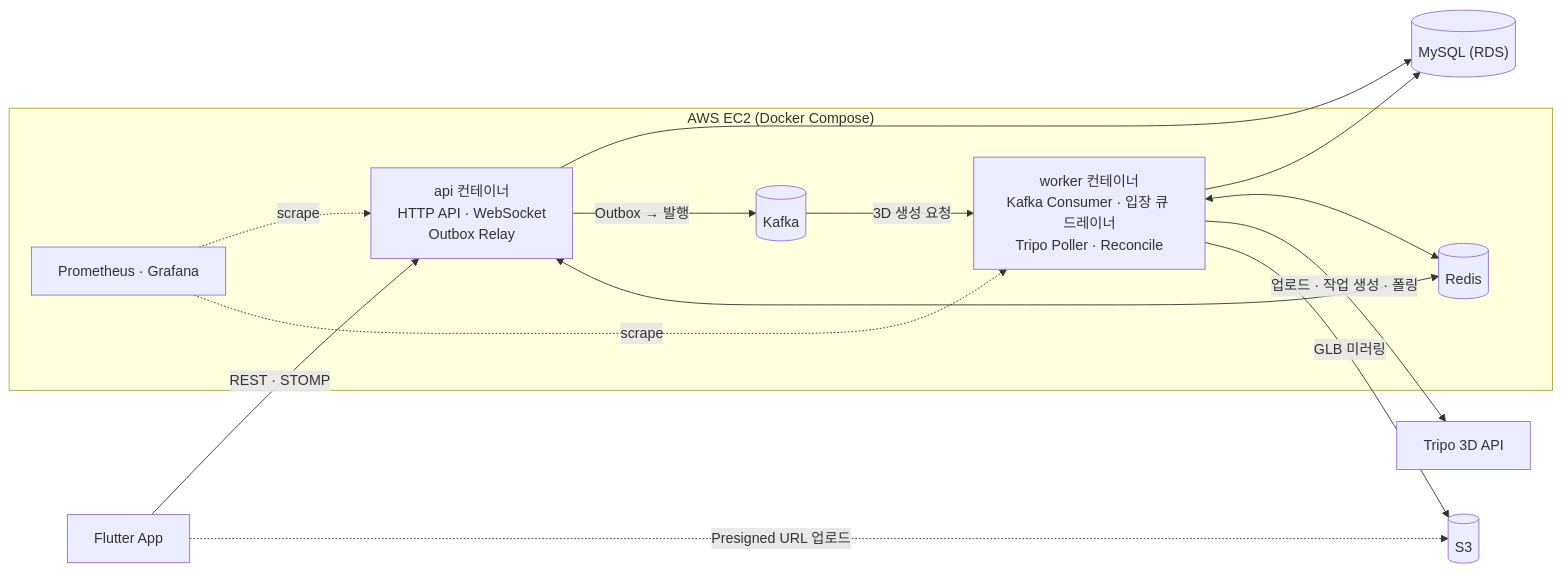
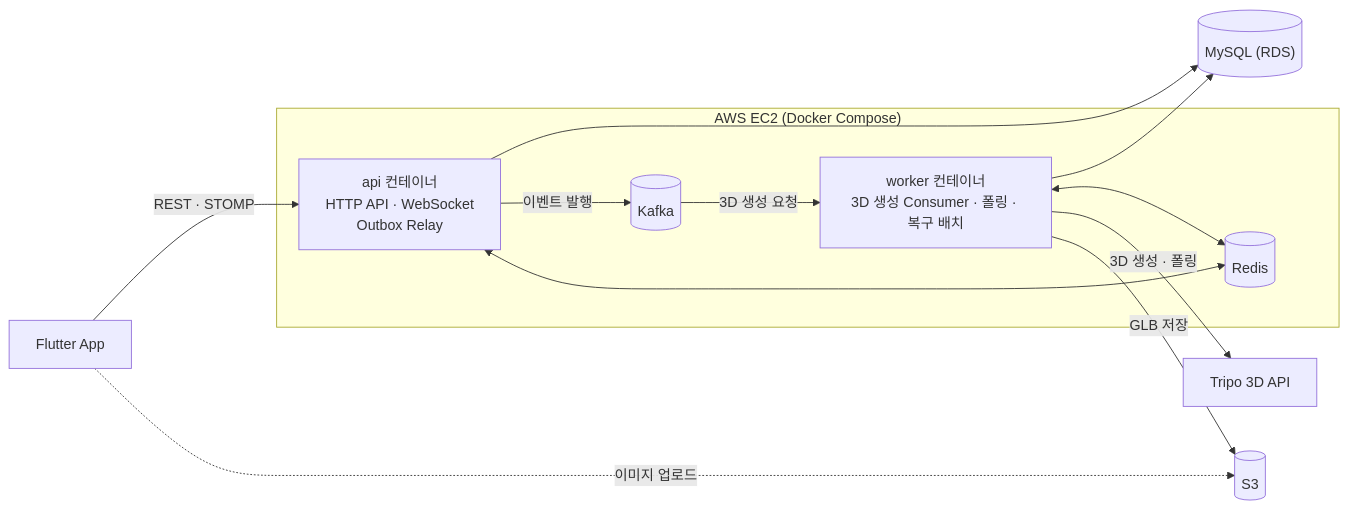
One commit to opixxx/GearShow changed the diagram in README.md. Above: the diagram before and after it, drawn with Mermaid. The commit also changed other lines of this file, not shown here.

````diff
--- a/README.md
+++ b/README.md
@@ -64,29 +37,26 @@
 ```mermaid
 flowchart LR
     app["Flutter App"]
 
     subgraph ec2["AWS EC2 (Docker Compose)"]
         api["api 컨테이너<br/>HTTP API · WebSocket<br/>Outbox Relay"]
-        worker["worker 컨테이너<br/>Kafka Consumer · 입장 큐 드레이너<br/>Tripo Poller · Reconcile"]
+        worker["worker 컨테이너<br/>3D 생성 Consumer · 폴링 · 복구 배치"]
         kafka[("Kafka")]
         redis[("Redis")]
-        obs["Prometheus · Grafana"]
     end
 
     rds[("MySQL (RDS)")]
     s3[("S3")]
     tripo["Tripo 3D API"]
 
     app -- "REST · STOMP" --> api
-    app -. "Presigned URL 업로드" .-> s3
+    app -. "이미지 업로드" .-> s3
     api --> rds
-    api -- "Outbox → 발행" --> kafka
+    api -- "이벤트 발행" --> kafka
     kafka -- "3D 생성 요청" --> worker
     worker --> rds
     worker <--> redis
     api <--> redis
-    worker -- "업로드 · 작업 생성 · 폴링" --> tripo
-    worker -- "GLB 미러링" --> s3
-    obs -. "scrape" .-> api
-    obs -. "scrape" .-> worker
+    worker -- "3D 생성 · 폴링" --> tripo
+    worker -- "GLB 저장" --> s3
 ```
````
